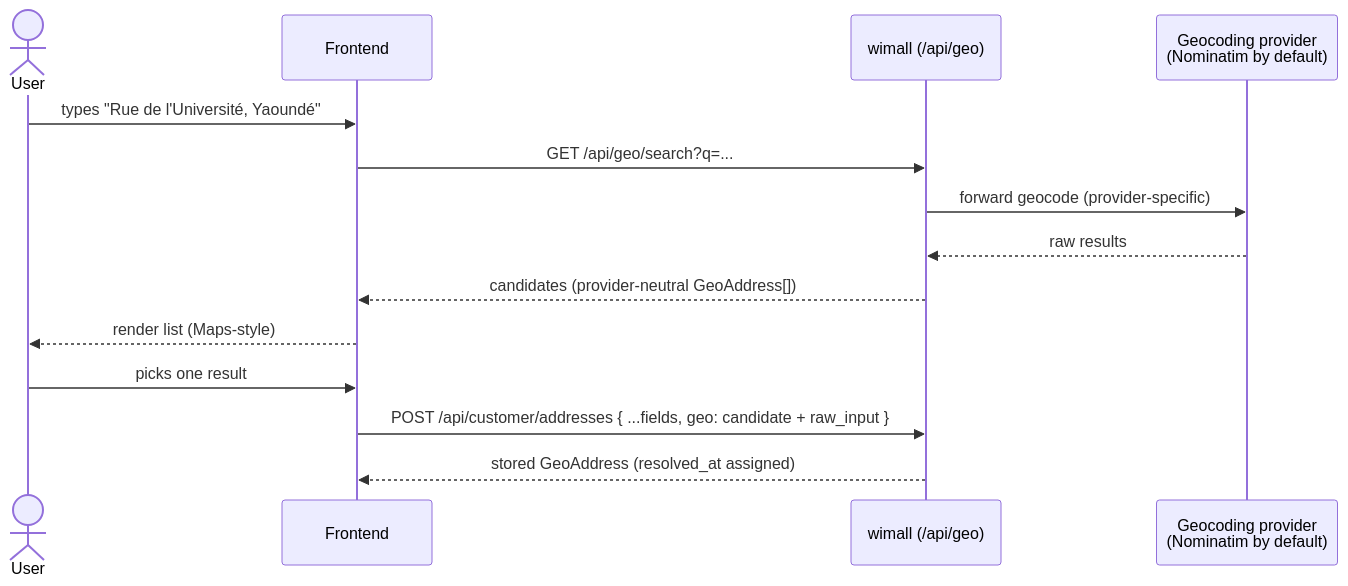
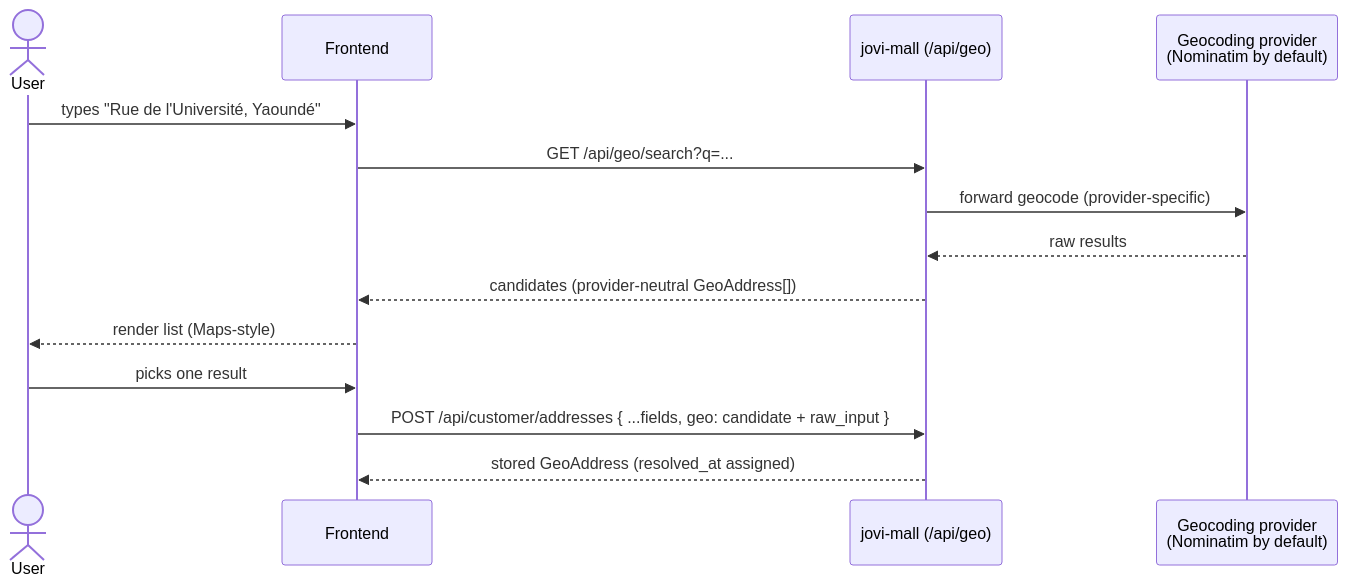
One commit to kalynux/vendor-dash changed the first of 2 diagrams in api-doc/geo/README.md. Above: the diagram before and after it, drawn with Mermaid. The commit also changed other lines of this file and 201 other files, not shown here.

````diff
--- a/api-doc/geo/README.md
+++ b/api-doc/geo/README.md
@@ -151,17 +151,17 @@
 ```mermaid
 sequenceDiagram
     actor User
     participant FE as Frontend
-    participant API as wimall (/api/geo)
+    participant API as jovi-mall (/api/geo)
     participant P as Geocoding provider<br/>(Nominatim by default)
 
     User->>FE: types "Rue de l'Université, Yaoundé"
     FE->>API: GET /api/geo/search?q=...
     API->>P: forward geocode (provider-specific)
     P-->>API: raw results
     API-->>FE: candidates (provider-neutral GeoAddress[])
     FE-->>User: render list (Maps-style)
     User->>FE: picks one result
     FE->>API: POST /api/customer/addresses { ...fields, geo: candidate + raw_input }
     API-->>FE: stored GeoAddress (resolved_at assigned)
 ```
````
